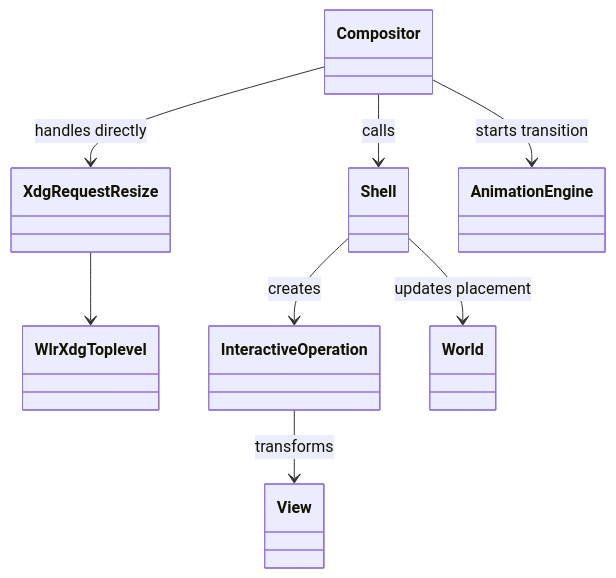
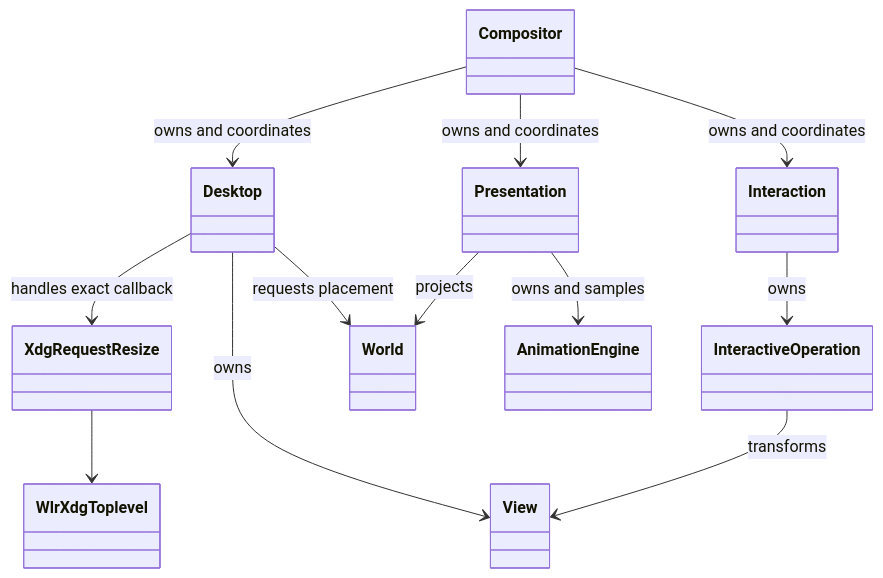
The sixth of 7 diagrams in docs/WLROOTS-COMPOSITOR-INTERFACE.md (SeungheonOh/ataxia), drawn with Mermaid before and after one commit. The commit also changed other lines of this file and 3 other files, not shown here.

````diff
--- a/docs/WLROOTS-COMPOSITOR-INTERFACE.md
+++ b/docs/WLROOTS-COMPOSITOR-INTERFACE.md
@@ -1108,19 +1120,25 @@
 ```mermaid
 classDiagram
     class WlrXdgToplevel
     class XdgRequestResize
     class Compositor
-    class Shell
+    class Desktop
+    class Interaction
+    class Presentation
     class View
     class InteractiveOperation
     class World
     class AnimationEngine
 
     XdgRequestResize --> WlrXdgToplevel
-    Compositor --> XdgRequestResize : handles directly
-    Compositor --> Shell : calls
-    Shell --> InteractiveOperation : creates
+    Desktop --> XdgRequestResize : handles exact callback
+    Compositor --> Desktop : owns and coordinates
+    Compositor --> Interaction : owns and coordinates
+    Compositor --> Presentation : owns and coordinates
+    Desktop --> View : owns
+    Interaction --> InteractiveOperation : owns
     InteractiveOperation --> View : transforms
-    Shell --> World : updates placement
-    Compositor --> AnimationEngine : starts transition
+    Desktop --> World : requests placement
+    Presentation --> World : projects
+    Presentation --> AnimationEngine : owns and samples
 ```
````
